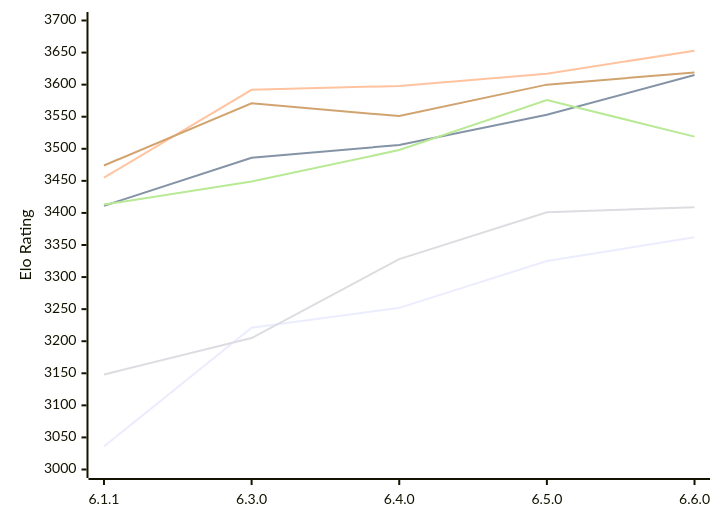
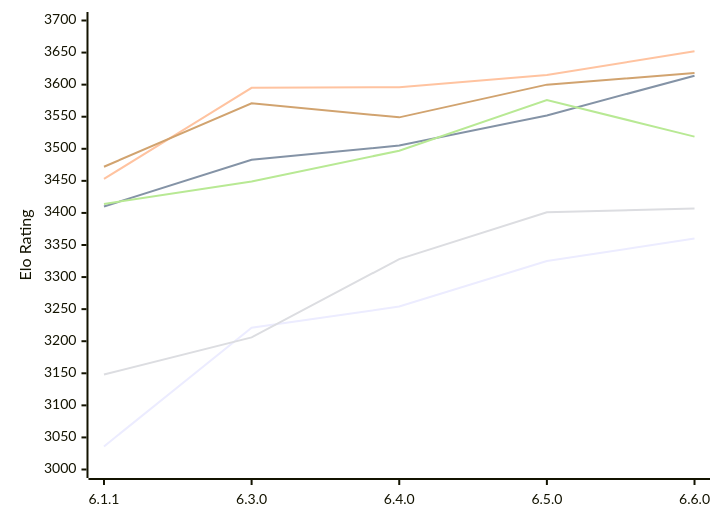
Before and after one commit to computer-chess-index/cci: the first of 2 diagrams in engines/Zigqueen.md, drawn with Mermaid. The commit also changed other lines of this file, not shown here.

Commit message:
Update CCI Ratings (ELO VLTC) - 2026-11-27

````diff
--- a/engines/Zigqueen.md
+++ b/engines/Zigqueen.md
@@ -59,12 +59,12 @@
 ```mermaid
 %%{init: {"theme":"base","themeVariables":{"seriesColors:['#a3a3a3','#222221','#faa371']}}}%%
 xychart-beta
   x-axis ["6.1.1", "6.3.0", "6.4.0", "6.5.0", "6.6.0"]
   y-axis "Elo Rating" 3000 --> 3700
-  line "E1: STC (8.0+0.08s)" [3036, 3221, 3252, 3325, 3362]
-  line "E1: LTC (60.0+0.60s)" [3411, 3486, 3506, 3553, 3615]
-  line "E1: VLTC (2m24s+1.12s)" [3455, 3592, 3598, 3617, 3653]
-  line "P1: STC (8.0+0.08s)" [3148, 3205, 3328, 3401, 3409]
-  line "P1: LTC (60.0+0.60s)" [3413, 3449, 3498, 3576, 3519]
-  line "P1: VLTC (2m24s+1.12s)" [3474, 3571, 3551, 3600, 3619]
+  line "E1: STC (8.0+0.08s)" [3036, 3221, 3254, 3325, 3360]
+  line "E1: LTC (60.0+0.60s)" [3410, 3483, 3505, 3552, 3614]
+  line "E1: VLTC (2m24s+1.12s)" [3453, 3595, 3596, 3615, 3652]
+  line "P1: STC (8.0+0.08s)" [3148, 3206, 3328, 3401, 3407]
+  line "P1: LTC (60.0+0.60s)" [3414, 3449, 3497, 3576, 3519]
+  line "P1: VLTC (2m24s+1.12s)" [3472, 3571, 3549, 3600, 3618]
 ```
````
